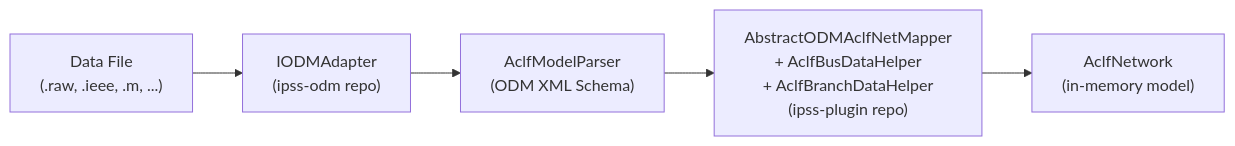
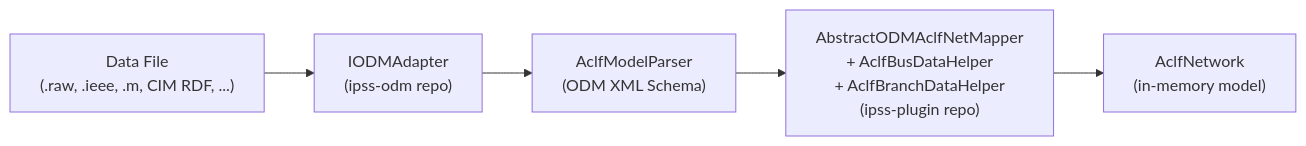
One commit to InterPSS-Project/ipss-plugin changed the first of 3 diagrams in docs/odm/file_adapter_odm_bypass_aclfnet-plan.md. Above: the diagram before and after it, drawn with Mermaid. The commit also changed other lines of this file, not shown here.

First line of the commit message:
Refactor ODM import pipeline to direct file-to-model adapters

````diff
--- a/docs/odm/file_adapter_odm_bypass_aclfnet-plan.md
+++ b/docs/odm/file_adapter_odm_bypass_aclfnet-plan.md
@@ -42,7 +61,7 @@
 ```mermaid
 flowchart LR
-    File["Data File\n(.raw, .ieee, .m, ...)"] --> ODMAdapter["IODMAdapter\n(ipss-odm repo)"]
+    File["Data File\n(.raw, .ieee, .m, CIM RDF, ...)"] --> ODMAdapter["IODMAdapter\n(ipss-odm repo)"]
     ODMAdapter --> XMLModel["AclfModelParser\n(ODM XML Schema)"]
     XMLModel --> Mapper["AbstractODMAclfNetMapper\n+ AclfBusDataHelper\n+ AclfBranchDataHelper\n(ipss-plugin repo)"]
     Mapper --> Network["AclfNetwork\n(in-memory model)"]
 ```
````
